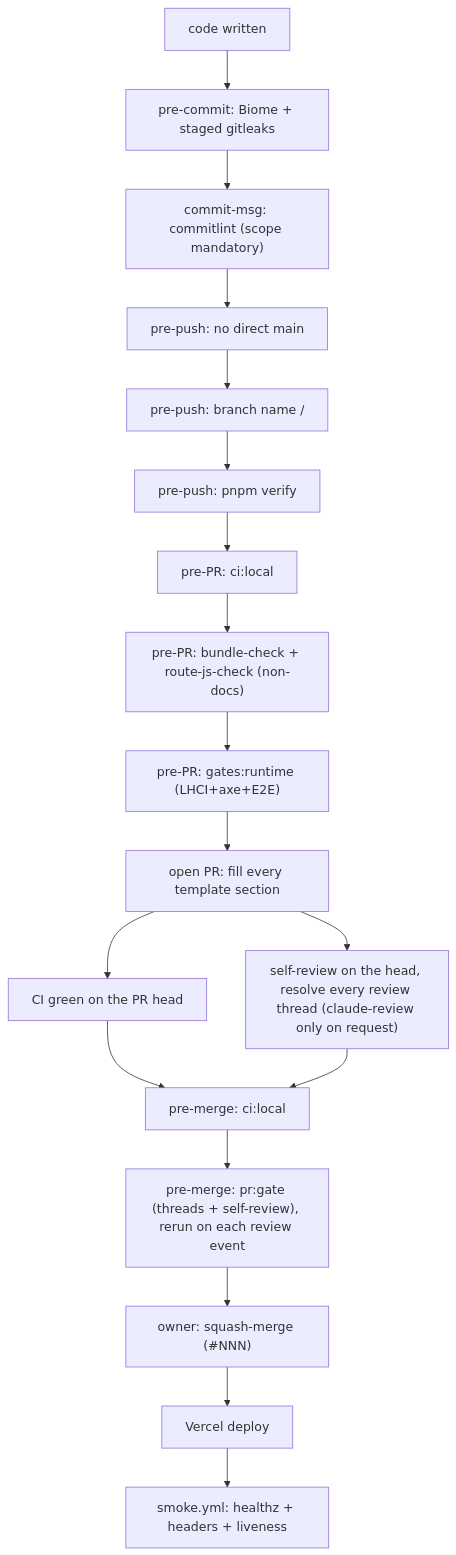
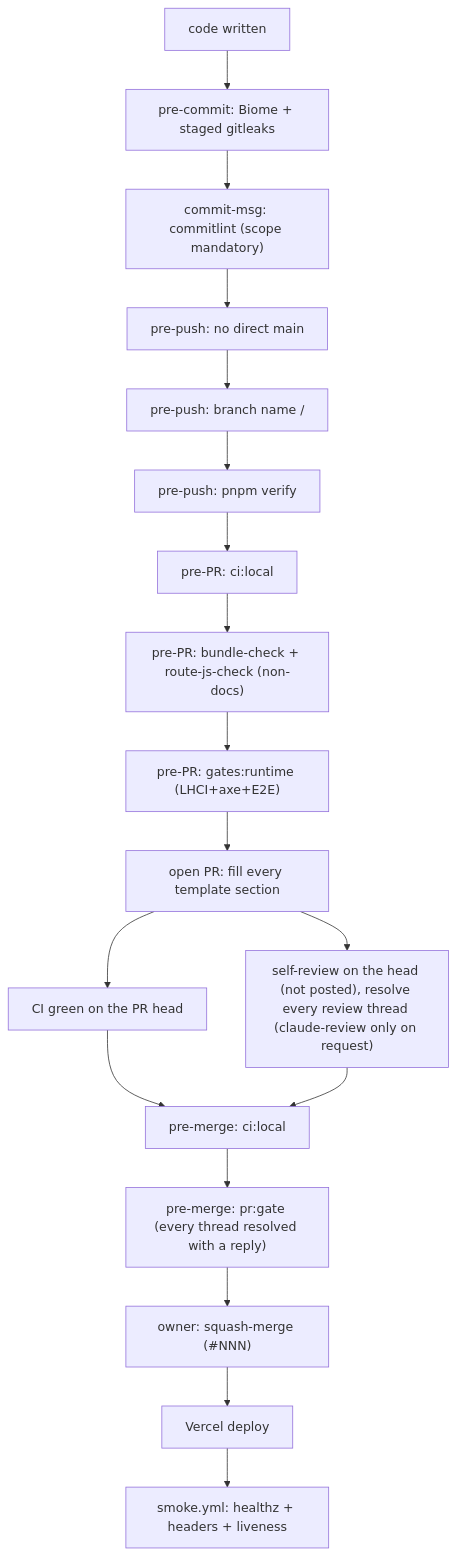
The first of 2 diagrams in docs/handbook/review-merge-release.md (erikunha/portfolio), drawn with Mermaid before and after one commit. The commit also changed other lines of this file and 22 other files, not shown here.

````diff
--- a/docs/handbook/review-merge-release.md
+++ b/docs/handbook/review-merge-release.md
@@ -7,20 +7,20 @@
 ```mermaid
 flowchart TD
     write["code written"] --> c1["pre-commit: Biome + staged gitleaks"]
     c1 --> c2["commit-msg: commitlint (scope mandatory)"]
     c2 --> p1["pre-push: no direct main"]
     p1 --> p2["pre-push: branch name <type>/<desc>"]
     p2 --> p5["pre-push: pnpm verify"]
     p5 --> r1["pre-PR: ci:local"]
     r1 --> r2["pre-PR: bundle-check + route-js-check (non-docs)"]
     r2 --> r4["pre-PR: gates:runtime (LHCI+axe+E2E)"]
     r4 --> o1["open PR: fill every template section"]
     o1 --> o1b["CI green on the PR head"]
-    o1 --> o2["self-review on the head, resolve every review thread (claude-review only on request)"]
+    o1 --> o2["self-review on the head (not posted), resolve every review thread (claude-review only on request)"]
     o1b --> m1["pre-merge: ci:local"]
     o2 --> m1
-    m1 --> m4["pre-merge: pr:gate (threads + self-review), rerun on each review event"]
+    m1 --> m4["pre-merge: pr:gate (every thread resolved with a reply)"]
     m4 --> merge["owner: squash-merge (#NNN)"]
     merge --> deploy["Vercel deploy"]
     deploy --> smoke["smoke.yml: healthz + headers + liveness"]
 ```
````
